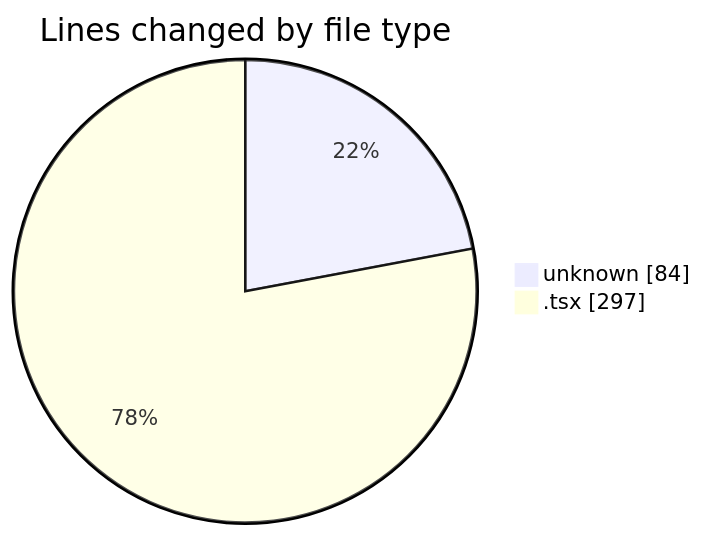
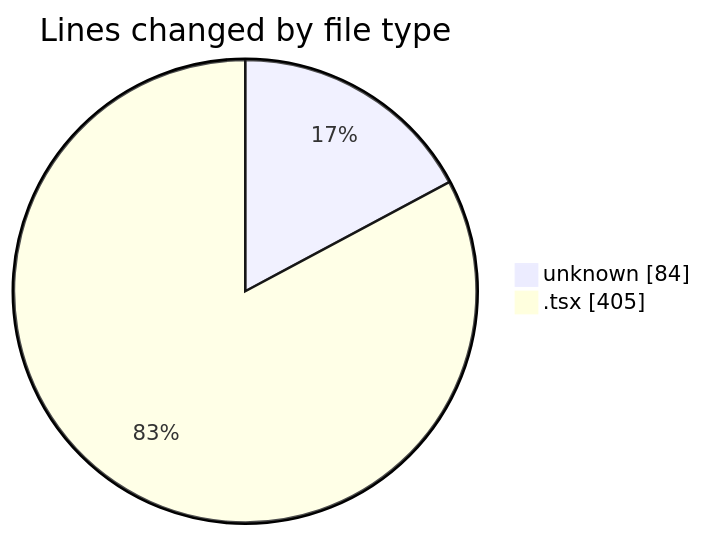
Before and after one commit to Elitesun/code-tracking: the first of 2 diagrams in 2025-05-15/niten/README.md, drawn with Mermaid. The commit also changed other lines of this file and 1 other file, not shown here.

````diff
--- a/2025-05-15/niten/README.md
+++ b/2025-05-15/niten/README.md
@@ -22,6 +23,6 @@
 ```mermaid
 pie showData
 title Lines changed by file type
 "unknown" : 84
-".tsx" : 297
+".tsx" : 405
 ```
````
